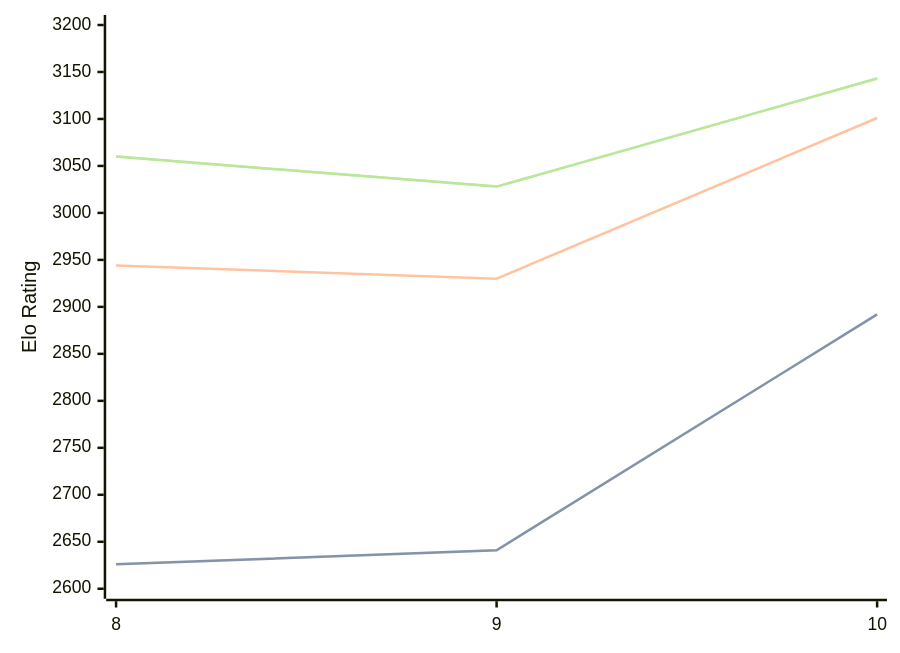
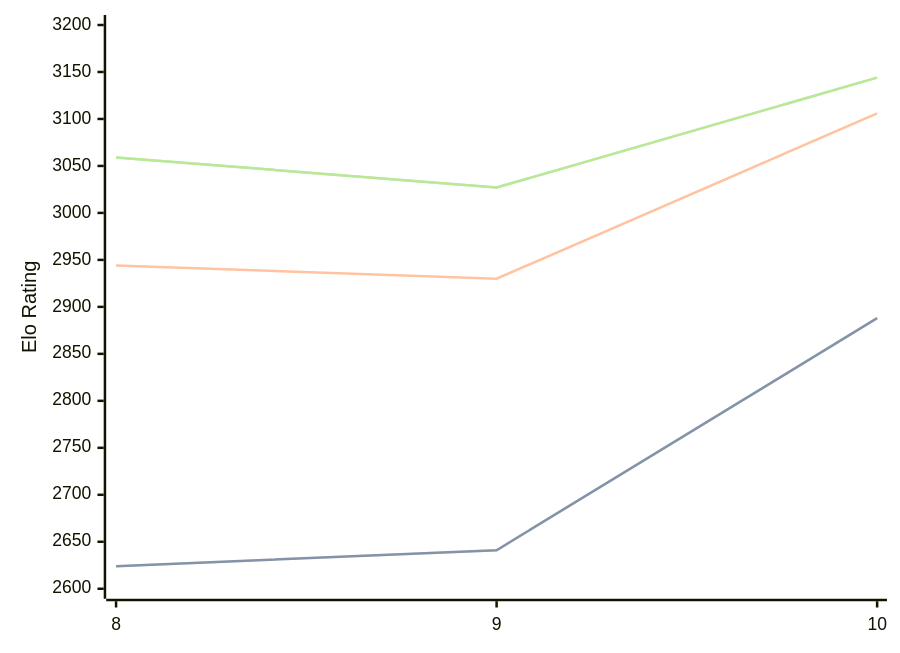
One commit to computer-chess-index/cci changed the diagram in engines/Lozza.md. Above: the diagram before and after it, drawn with Mermaid. The commit also changed other lines of this file, not shown here.

Commit message:
Update CCI Ratings (ELO VLTC) - 2026-04-06

````diff
--- a/engines/Lozza.md
+++ b/engines/Lozza.md
@@ -41,11 +41,11 @@
 ```mermaid
 %%{init: {"theme":"base","themeVariables":{"seriesColors:['#a3a3a3','#222221','#faa371']}}}%%
 xychart-beta
   x-axis ["8", "9", "10"]
   y-axis "Elo Rating" 2600 --> 3200
-  line "STC (8.0+0.08s)" [2626, 2641, 2892]
-  line "STC (8.0+0.08s)" [2626, 2641, 2892]
-  line "LTC (60.0+0.60s)" [2944, 2930, 3101]
-  line "VLTC (2m24s+1.12s)" [3060, 3028, 3143]
-  line "VLTC (2m24s+1.12s)" [3060, 3028, 3143]
+  line "STC (8.0+0.08s)" [2624, 2641, 2888]
+  line "STC (8.0+0.08s)" [2624, 2641, 2888]
+  line "LTC (60.0+0.60s)" [2944, 2930, 3106]
+  line "VLTC (2m24s+1.12s)" [3059, 3027, 3144]
+  line "VLTC (2m24s+1.12s)" [3059, 3027, 3144]
 ```
````
